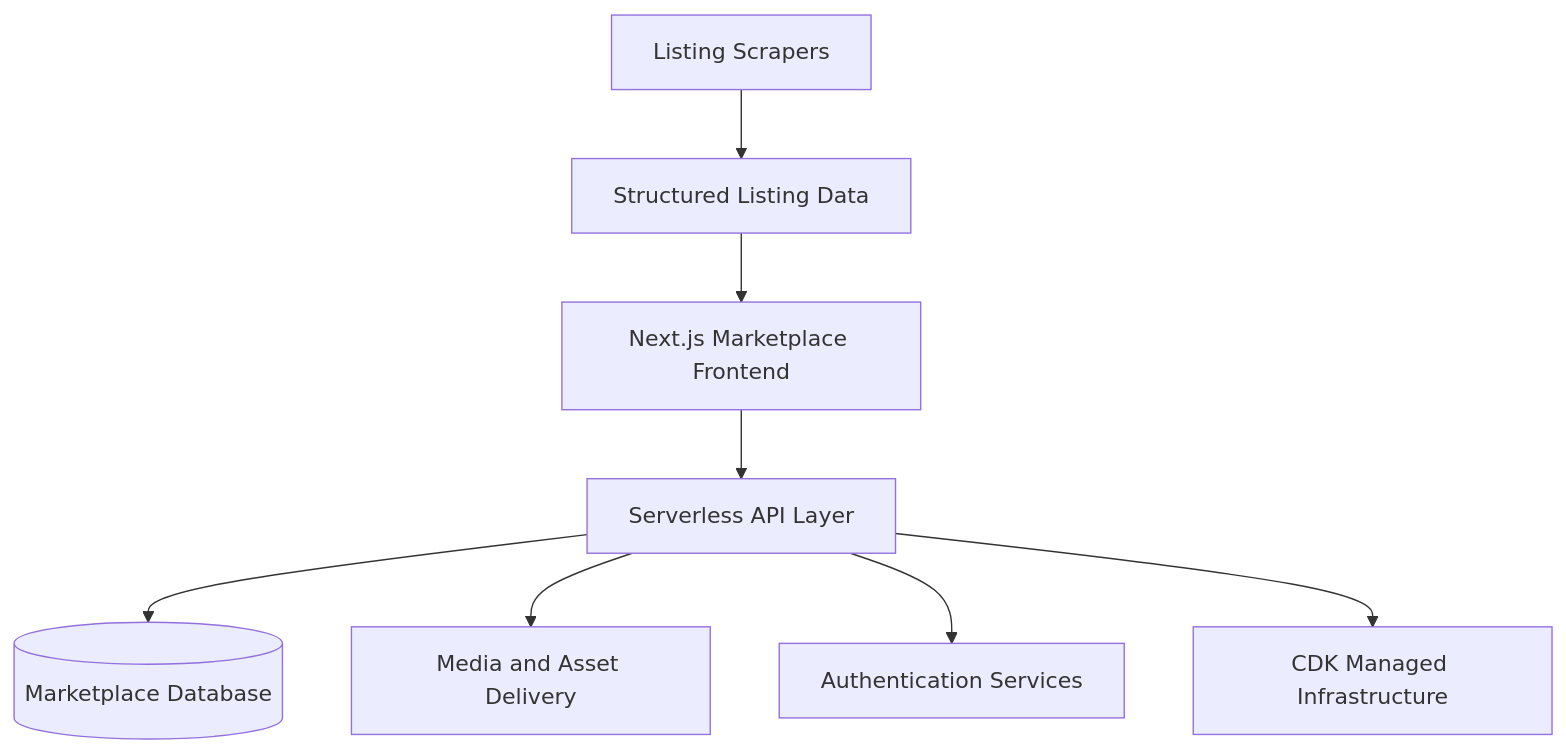
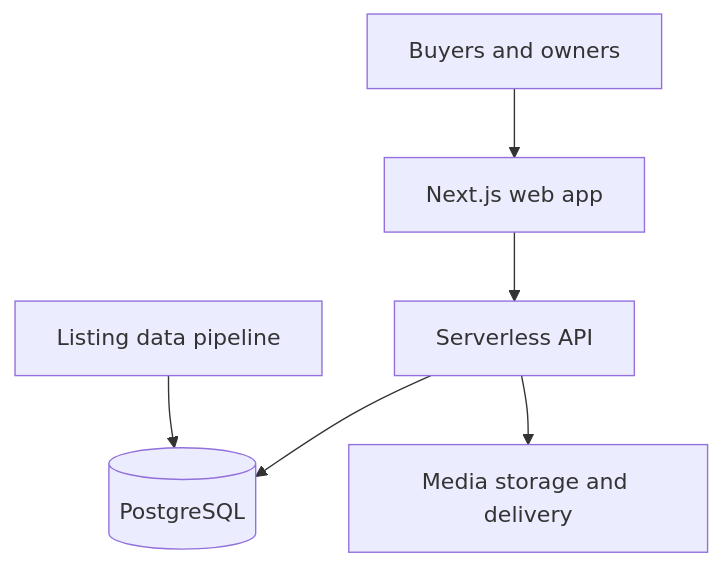
The diagram in products/start-yachts-project.md (gokselkacar/selected-products), drawn with Mermaid before and after one commit. The commit also changed other lines of this file and 61 other files, not shown here.

````diff
--- a/products/start-yachts-project.md
+++ b/products/start-yachts-project.md
@@ -83,10 +38,8 @@
 ```mermaid
 flowchart TD
-    S[Listing Scrapers] --> P[Structured Listing Data]
-    P --> W[Next.js Marketplace Frontend]
-    W --> A[Serverless API Layer]
-    A --> D[(Marketplace Database)]
-    A --> M[Media and Asset Delivery]
-    A --> I[Authentication Services]
-    A --> C[CDK Managed Infrastructure]
+    U[Buyers and owners] --> W[Next.js web app]
+    W --> A[Serverless API]
+    A --> D[(PostgreSQL)]
+    A --> M[Media storage and delivery]
+    P[Listing data pipeline] --> D
 ```
````
